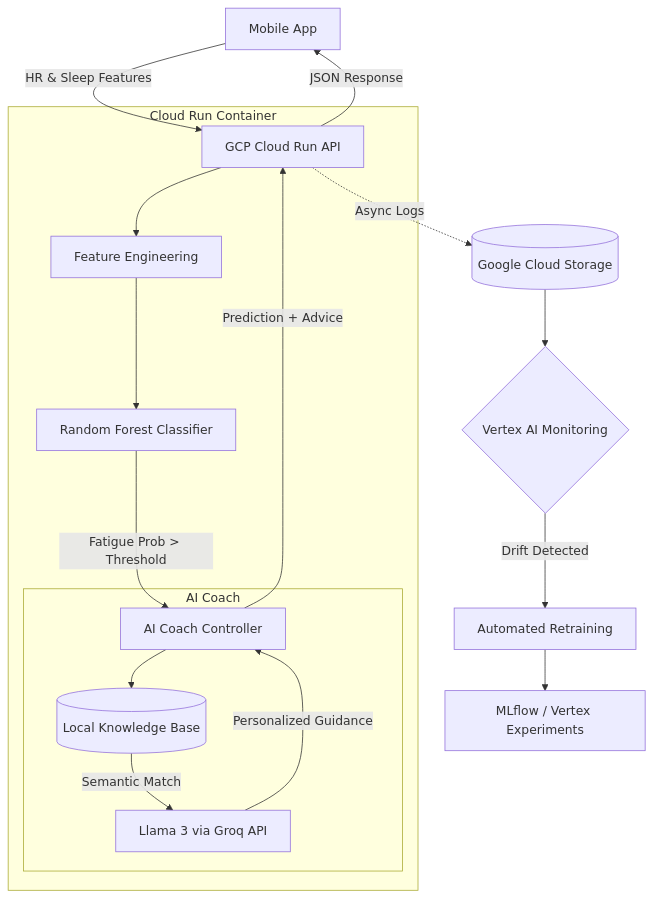
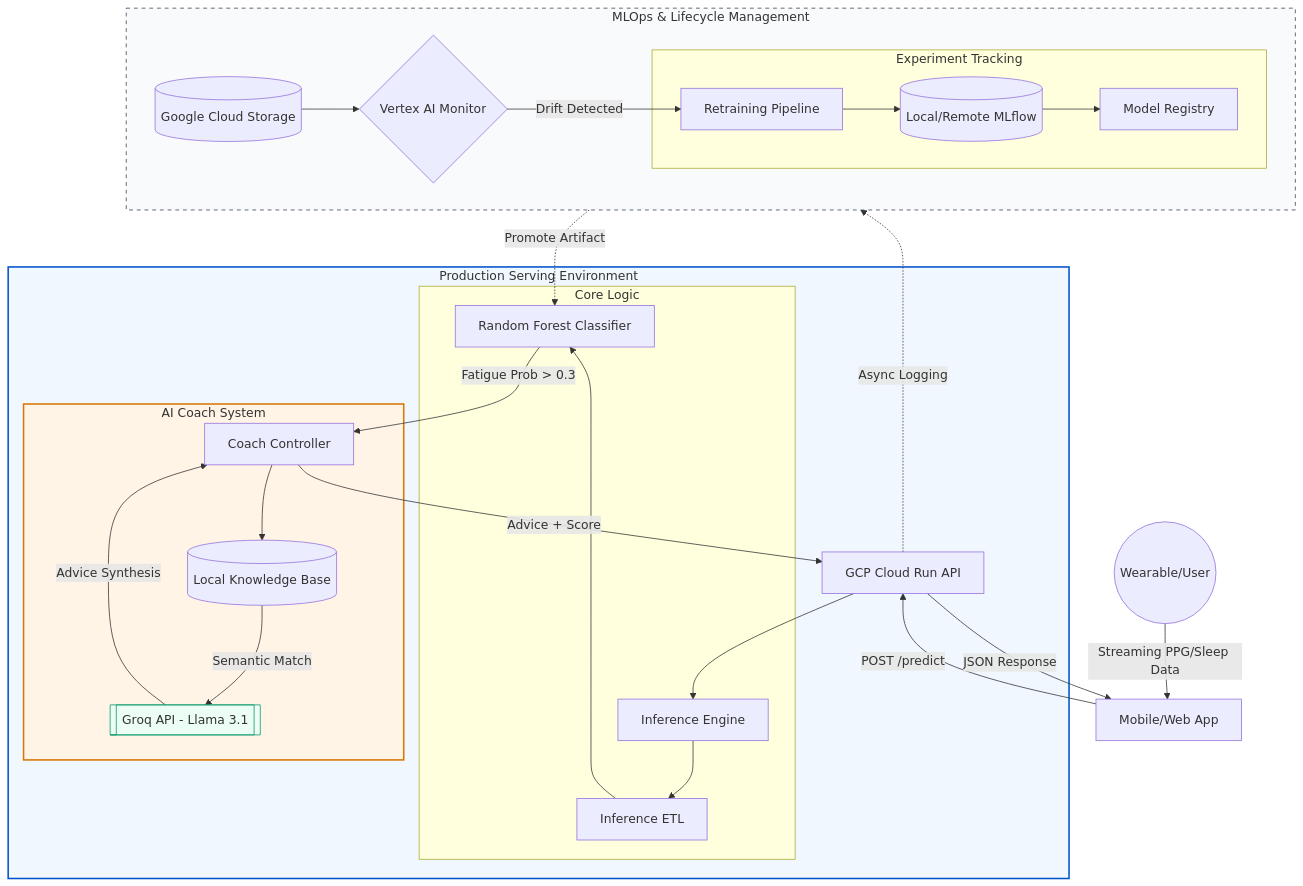
Before and after one commit to ShihChingYu/fatigue_prediction: the diagram in README.md, drawn with Mermaid. The commit also changed other lines of this file and 6 other files, not shown here.

Commit message:
chore: finalize MLOps pipeline and pass static type checks

````diff
--- a/README.md
+++ b/README.md
@@ -9,27 +16,47 @@
 ```mermaid
-graph TD
-    A[Mobile App] -->|HR & Sleep Features| B[GCP Cloud Run API]
+graph TB
+    %% User/Client Tier
+    User((Wearable/User)) -->|Streaming PPG/Sleep Data| Mobile[Mobile/Web App]
+    Mobile -->|POST /predict| API[GCP Cloud Run API]
 
-    subgraph Unified Inference Service [Cloud Run Container]
-        B --> C[Feature Engineering]
-        C --> D[Random Forest Classifier]
+    %% Production Inference Tier (Cloud Run)
+    subgraph GCP_Cloud_Run [Production Serving Environment]
+        API --> Engine[Inference Engine]
 
-        D -->|Fatigue Prob > Threshold| E[AI Coach Controller]
+        subgraph Logic_Layer [Core Logic]
+            Engine --> ETL[Inference ETL]
+            ETL --> RF_Model[Random Forest Classifier]
+        end
 
-        subgraph AI Coach
-            E --> F[(Local Knowledge Base)]
-            F -->|Semantic Match| G[Llama 3 via Groq API]
-            G -->|Personalized Guidance| E
+        subgraph AI_Coach_RAG [AI Coach System]
+            RF_Model -->|Fatigue Prob > 0.3| Coach[Coach Controller]
+            Coach --> KB[(Local Knowledge Base)]
+            KB -- Semantic Match --> Groq[[Groq API - Llama 3.1]]
+            Groq -- Advice Synthesis --> Coach
         end
     end
 
-    E -->|Prediction + Advice| B
-    B -->|JSON Response| A
+    %% Response Path
+    Coach -->|Advice + Score| API
+    API -->|JSON Response| Mobile
 
-    %% MLOps Loop
-    B -.->|Async Logs| H[(Google Cloud Storage)]
-    H --> I{Vertex AI Monitoring}
-    I -->|Drift Detected| J[Automated Retraining]
-    J --> K[MLflow / Vertex Experiments]
+    %% MLOps & Lifecycle Tier
+    subgraph MLOps_Backbone [MLOps & Lifecycle Management]
+        direction LR
+        API -.->|Async Logging| GCS[(Google Cloud Storage)]
+        GCS --> Monitor{Vertex AI Monitor}
+        Monitor -->|Drift Detected| Train[Retraining Pipeline]
 
+        subgraph Experimentation [Experiment Tracking]
+            Train --> MLflow[(Local/Remote MLflow)]
+            MLflow --> Reg[Model Registry]
+            Reg -.->|Promote Artifact| RF_Model
+        end
+    end
+
+    %% Styling
+    style GCP_Cloud_Run fill:#f0f7ff,stroke:#0052cc,stroke-width:2px
+    style AI_Coach_RAG fill:#fff4e6,stroke:#d97706,stroke-width:2px
+    style MLOps_Backbone fill:#f9fafb,stroke:#374151,stroke-dasharray: 5 5
+    style Groq fill:#ecfdf5,stroke:#059669
 ```
````
